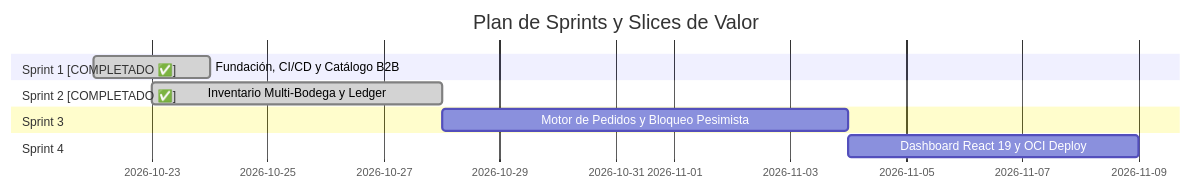
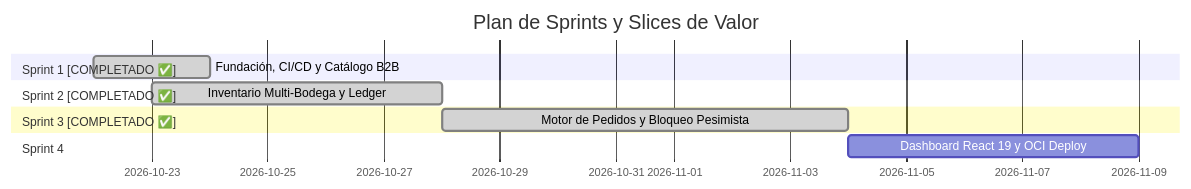
Before and after one commit to vivenegasl/stockpilot-b2b: the diagram in docs/scrum/product_backlog.md, drawn with Mermaid. The commit also changed other lines of this file and 34 other files, not shown here.

````diff
--- a/docs/scrum/product_backlog.md
+++ b/docs/scrum/product_backlog.md
@@ -11,13 +11,13 @@
 ```mermaid
 gantt
     title Plan de Sprints y Slices de Valor
     dateFormat  YYYY-MM-DD
     section Sprint 1 [COMPLETADO ✅]
     Fundación, CI/CD y Catálogo B2B :done, 2026-10-22, 2d
     section Sprint 2 [COMPLETADO ✅]
     Inventario Multi-Bodega y Ledger :done, 2026-10-23, 5d
-    section Sprint 3
-    Motor de Pedidos y Bloqueo Pesimista :2026-10-28, 7d
+    section Sprint 3 [COMPLETADO ✅]
+    Motor de Pedidos y Bloqueo Pesimista :done, 2026-10-28, 7d
     section Sprint 4
     Dashboard React 19 y OCI Deploy :2026-11-04, 5d
 ```
````
